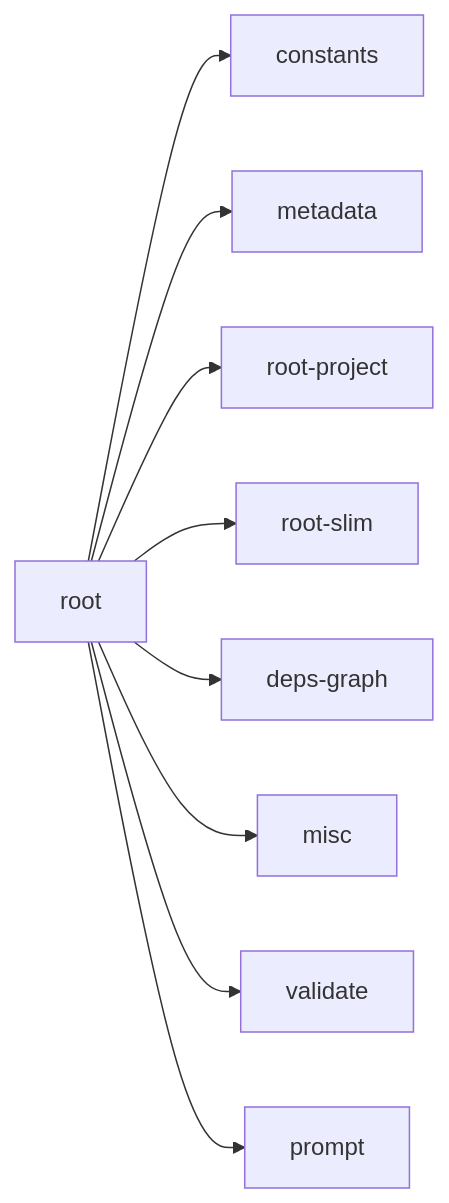
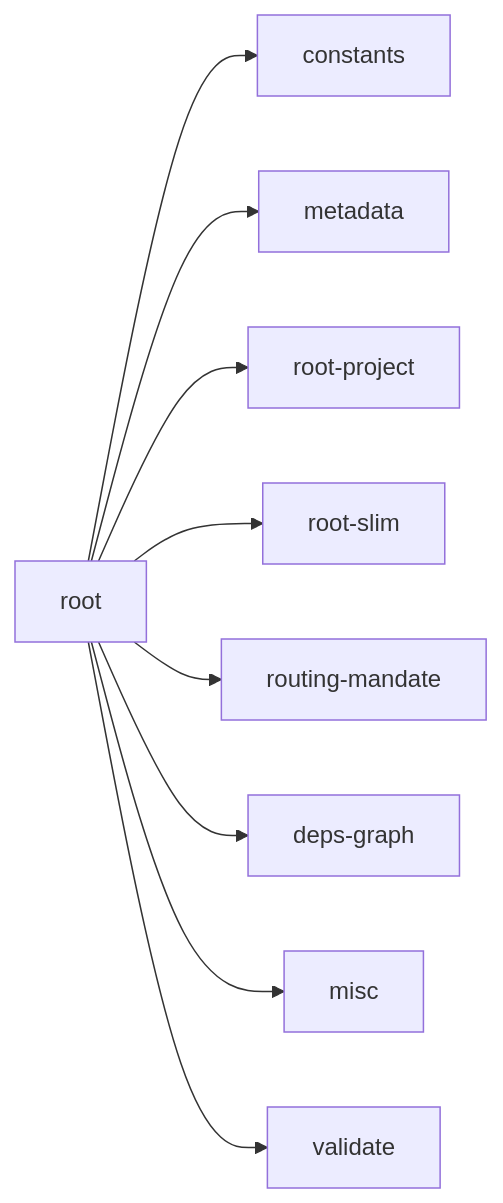
Before and after one commit to hellhellpnick/context-graph: the diagram in .cursor/rules/ctxgraph--src-graph-builder-deterministic-root.mdc, drawn with Mermaid. The commit also changed other lines of this file and 160 other files, not shown here.

````diff
--- a/.cursor/rules/ctxgraph--src-graph-builder-deterministic-root.mdc
+++ b/.cursor/rules/ctxgraph--src-graph-builder-deterministic-root.mdc
@@ -14,12 +14,12 @@
 ```mermaid
 graph LR
   root[root]
   root --> constants[constants]
   root --> metadata[metadata]
   root --> root_project[root-project]
   root --> root_slim[root-slim]
+  root --> routing_mandate[routing-mandate]
   root --> deps_graph[deps-graph]
   root --> misc[misc]
   root --> validate[validate]
-  root --> prompt[prompt]
 ```
````
